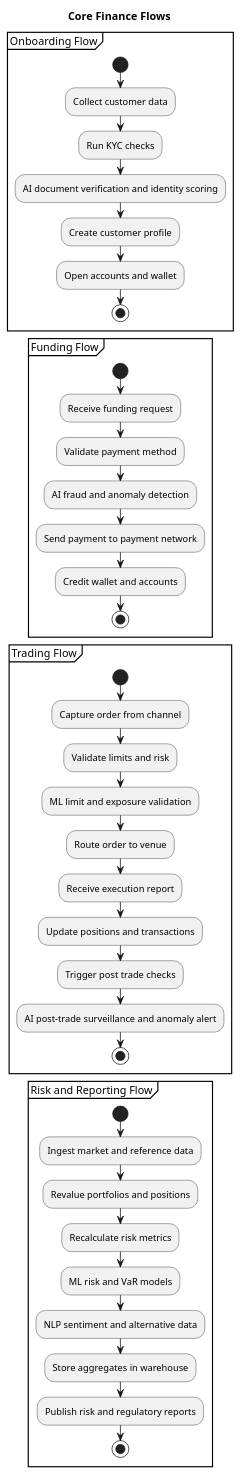
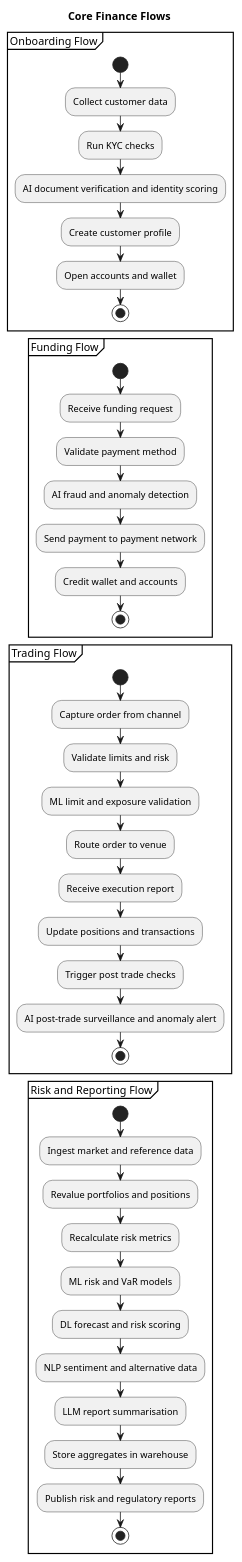
One commit to felixzhu97/finpulse changed the diagram in docs/domain/finance-system-flows.puml. Above: the diagram before and after it, drawn with PlantUML. The commit also changed 53 other files, not shown here.

```diff
--- a/docs/domain/finance-system-flows.puml
+++ b/docs/domain/finance-system-flows.puml
@@ -1,55 +1,57 @@
 @startuml
 skinparam linetype ortho
 
 skinparam rectangle {
   BorderColor #333333
 }
 
 title Core Finance Flows
 
 partition "Onboarding Flow" {
   start
   :Collect customer data;
   :Run KYC checks;
   :AI document verification and identity scoring;
   :Create customer profile;
   :Open accounts and wallet;
   stop
 }
 
 partition "Funding Flow" {
   start
   :Receive funding request;
   :Validate payment method;
   :AI fraud and anomaly detection;
   :Send payment to payment network;
   :Credit wallet and accounts;
   stop
 }
 
 partition "Trading Flow" {
   start
   :Capture order from channel;
   :Validate limits and risk;
   :ML limit and exposure validation;
   :Route order to venue;
   :Receive execution report;
   :Update positions and transactions;
   :Trigger post trade checks;
   :AI post-trade surveillance and anomaly alert;
   stop
 }
 
 partition "Risk and Reporting Flow" {
   start
   :Ingest market and reference data;
   :Revalue portfolios and positions;
   :Recalculate risk metrics;
   :ML risk and VaR models;
+  :DL forecast and risk scoring;
   :NLP sentiment and alternative data;
+  :LLM report summarisation;
   :Store aggregates in warehouse;
   :Publish risk and regulatory reports;
   stop
 }
 
 @enduml
```
